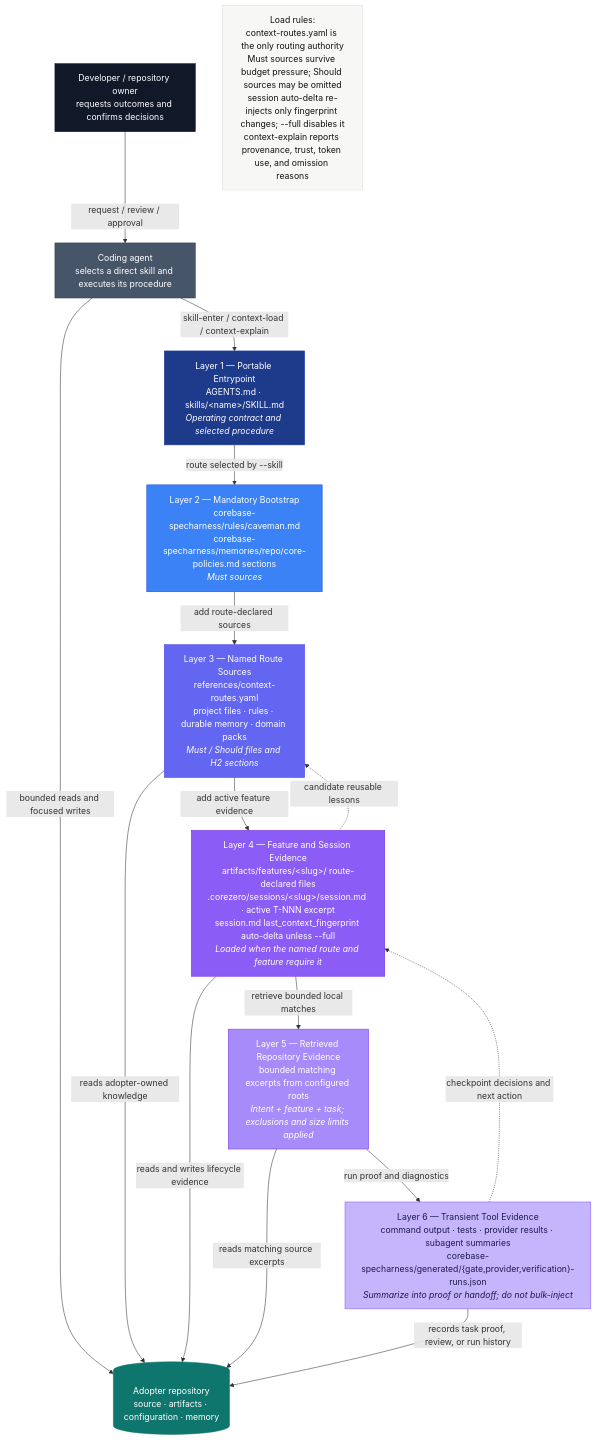
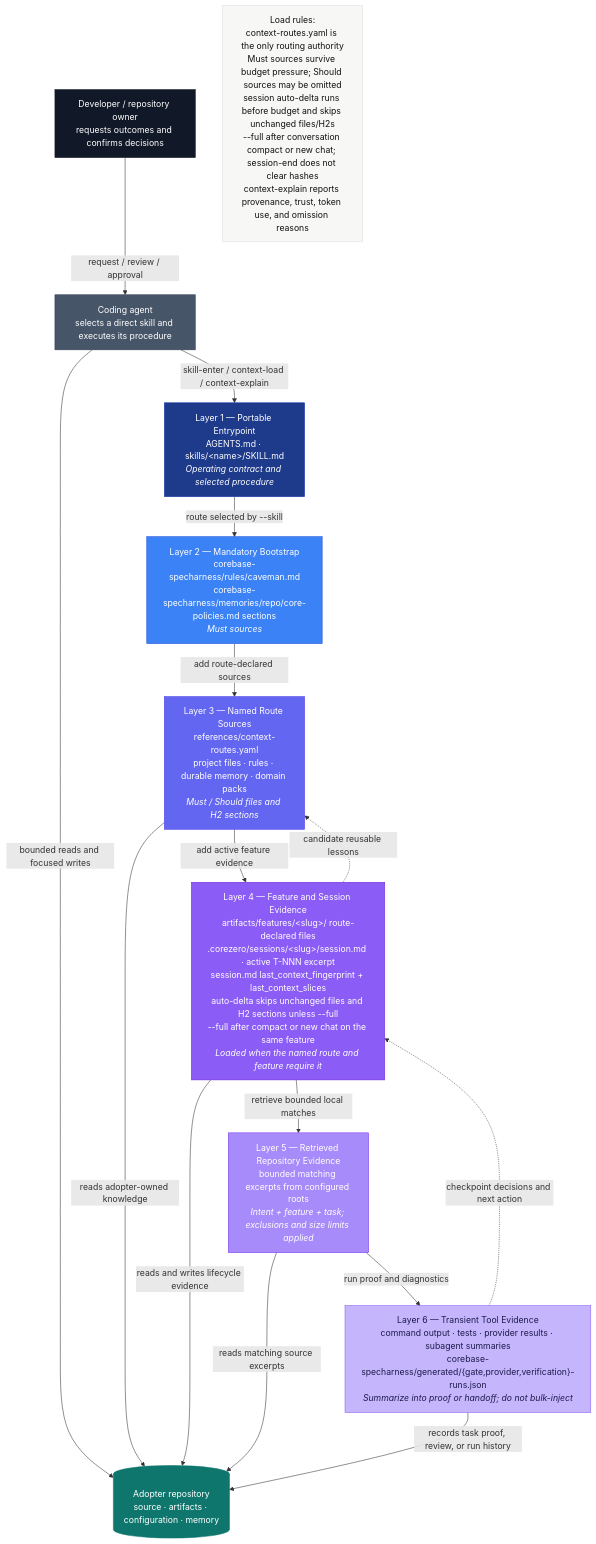
One commit to thaihai-swe/corebase-specharness changed the diagram in documents/diagrams/source/architecture/context-stack.mmd. Above: the diagram before and after it, drawn with Mermaid. The commit also changed 29 other files, not shown here.

First line of the commit message:
Enhance session auto-delta functionality and documentation

```diff
--- a/documents/diagrams/source/architecture/context-stack.mmd
+++ b/documents/diagrams/source/architecture/context-stack.mmd
@@ -1,51 +1,51 @@
 flowchart TB
     %% CoreBase SpecHarness Context Stack — implementation authority:
     %% ARCHITECTURE.md §3.2, context_engine.py, context-routes.yaml, harness-config.yaml
     %% Palette: documents/diagrams/source/_shared/palette.md
 
     DEV["Developer / repository owner<br/>requests outcomes and confirms decisions"]:::actor
     AGENT["Coding agent<br/>selects a direct skill and executes its procedure"]:::agent
     REPO[("Adopter repository<br/>source · artifacts · configuration · memory")]:::repository
 
     DEV -->|request / review / approval| AGENT
     AGENT -->|bounded reads and focused writes| REPO
 
     T1["Layer 1 — Portable Entrypoint<br/>AGENTS.md · skills/&lt;name&gt;/SKILL.md<br/><em>Operating contract and selected procedure</em>"]:::t1
     T2["Layer 2 — Mandatory Bootstrap<br/>corebase-specharness/rules/caveman.md<br/>corebase-specharness/memories/repo/core-policies.md sections<br/><em>Must sources</em>"]:::t2
     T3["Layer 3 — Named Route Sources<br/>references/context-routes.yaml<br/>project files · rules · durable memory · domain packs<br/><em>Must / Should files and H2 sections</em>"]:::t3
-    T4["Layer 4 — Feature and Session Evidence<br/>artifacts/features/&lt;slug&gt;/ route-declared files<br/>.corezero/sessions/&lt;slug&gt;/session.md · active T-NNN excerpt<br/>session.md last_context_fingerprint auto-delta unless --full<br/><em>Loaded when the named route and feature require it</em>"]:::t4
+    T4["Layer 4 — Feature and Session Evidence<br/>artifacts/features/&lt;slug&gt;/ route-declared files<br/>.corezero/sessions/&lt;slug&gt;/session.md · active T-NNN excerpt<br/>session.md last_context_fingerprint + last_context_slices<br/>auto-delta skips unchanged files and H2 sections unless --full<br/>--full after compact or new chat on the same feature<br/><em>Loaded when the named route and feature require it</em>"]:::t4
     T5["Layer 5 — Retrieved Repository Evidence<br/>bounded matching excerpts from configured roots<br/><em>Intent + feature + task; exclusions and size limits applied</em>"]:::t5
     T6["Layer 6 — Transient Tool Evidence<br/>command output · tests · provider results · subagent summaries<br/>corebase-specharness/generated/{gate,provider,verification}-runs.json<br/><em>Summarize into proof or handoff; do not bulk-inject</em>"]:::t6
 
     T1 -->|route selected by --skill| T2
     T2 -->|add route-declared sources| T3
     T3 -->|add active feature evidence| T4
     T4 -->|retrieve bounded local matches| T5
     T5 -->|run proof and diagnostics| T6
 
     AGENT -->|skill-enter / context-load / context-explain| T1
     T3 -->|reads adopter-owned knowledge| REPO
     T4 -->|reads and writes lifecycle evidence| REPO
     T5 -->|reads matching source excerpts| REPO
     T6 -->|records task proof, review, or run history| REPO
 
     T6 -.->|checkpoint decisions and next action| T4
     T4 -.->|candidate reusable lessons| T3
 
-    LOAD["Load rules:<br/>context-routes.yaml is the only routing authority<br/>Must sources survive budget pressure; Should sources may be omitted<br/>session auto-delta re-injects only fingerprint changes; --full disables it<br/>context-explain reports provenance, trust, token use, and omission reasons"]:::note
+    LOAD["Load rules:<br/>context-routes.yaml is the only routing authority<br/>Must sources survive budget pressure; Should sources may be omitted<br/>session auto-delta runs before budget and skips unchanged files/H2s<br/>--full after conversation compact or new chat; session-end does not clear hashes<br/>context-explain reports provenance, trust, token use, and omission reasons"]:::note
 
     classDef default fill:#f7f7f5,stroke:#e0e0e0,color:#111
     classDef t1 fill:#1e3a8a,stroke:#1e40af,color:#fff
     classDef t2 fill:#3b82f6,stroke:#1d4ed8,color:#fff
     classDef t3 fill:#6366f1,stroke:#4f46e5,color:#fff
     classDef t4 fill:#8b5cf6,stroke:#6d28d9,color:#fff
     classDef t5 fill:#a78bfa,stroke:#7c3aed,color:#fff
     classDef t6 fill:#c4b5fd,stroke:#8b5cf6,color:#1e1b4b
     classDef note fill:#f7f7f5,stroke:#e0e0e0,color:#111
     classDef actor fill:#111827,stroke:#111827,color:#fff
     classDef agent fill:#475569,stroke:#334155,color:#fff
     classDef repository fill:#0f766e,stroke:#0f766e,color:#fff
 
     class DEV actor
     class AGENT agent
     class REPO repository
```
